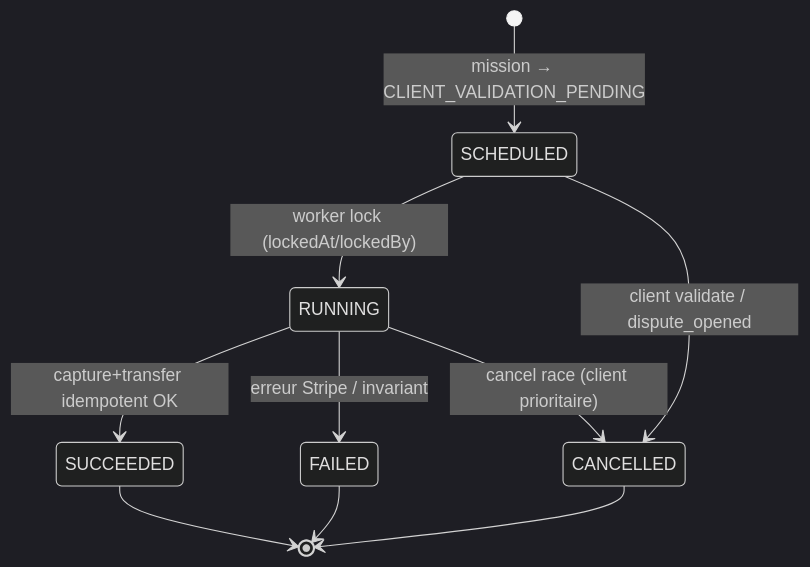
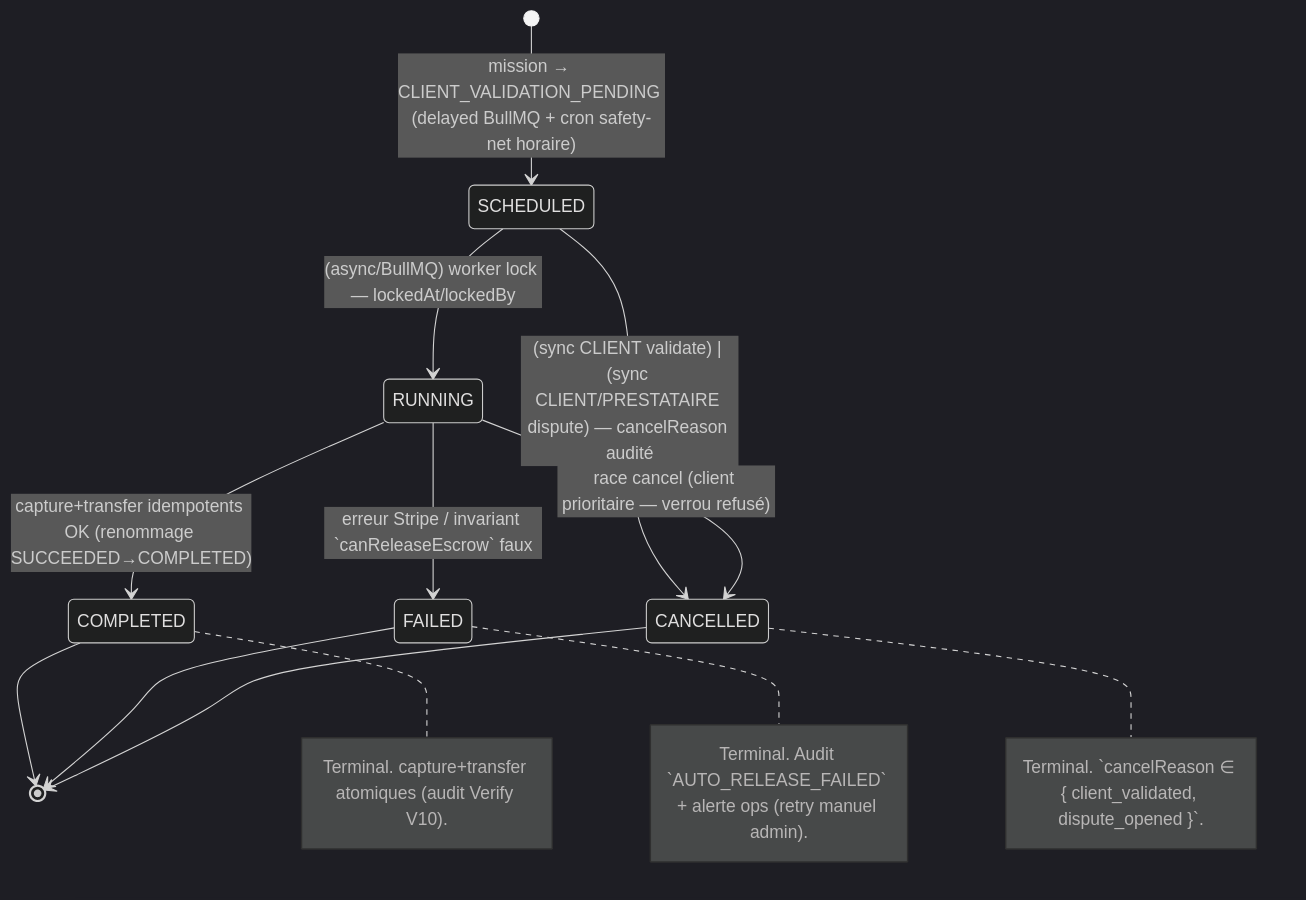
The fifth of 7 diagrams in docs/prd/PRD-003-photos-paiements.md (Kyria-Zaire/clean-connect), drawn with Mermaid (dark theme) before and after one commit. The commit also changed other lines of this file and 15 other files, not shown here.

````diff
--- a/docs/prd/PRD-003-photos-paiements.md
+++ b/docs/prd/PRD-003-photos-paiements.md
@@ -356,12 +397,15 @@
 ```mermaid
 stateDiagram-v2
-  [*] --> SCHEDULED: mission → CLIENT_VALIDATION_PENDING
-  SCHEDULED --> RUNNING: worker lock (lockedAt/lockedBy)
-  RUNNING --> SUCCEEDED: capture+transfer idempotent OK
-  RUNNING --> FAILED: erreur Stripe / invariant
-  SCHEDULED --> CANCELLED: client validate / dispute_opened
-  RUNNING --> CANCELLED: cancel race (client prioritaire)
-  SUCCEEDED --> [*]
+  [*] --> SCHEDULED: mission → CLIENT_VALIDATION_PENDING (delayed BullMQ + cron safety-net horaire)
+  SCHEDULED --> RUNNING: (async/BullMQ) worker lock — lockedAt/lockedBy
+  RUNNING --> COMPLETED: capture+transfer idempotents OK (renommage SUCCEEDED→COMPLETED)
+  RUNNING --> FAILED: erreur Stripe / invariant `canReleaseEscrow` faux
+  SCHEDULED --> CANCELLED: (sync CLIENT validate) | (sync CLIENT/PRESTATAIRE dispute) — cancelReason audité
+  RUNNING --> CANCELLED: race cancel (client prioritaire — verrou refusé)
+  COMPLETED --> [*]
   FAILED --> [*]
   CANCELLED --> [*]
+  note right of COMPLETED: Terminal. capture+transfer atomiques (audit Verify V10).
+  note right of FAILED: Terminal. Audit `AUTO_RELEASE_FAILED` + alerte ops (retry manuel admin).
+  note right of CANCELLED: Terminal. `cancelReason ∈ { client_validated, dispute_opened }`.
 ```
````
